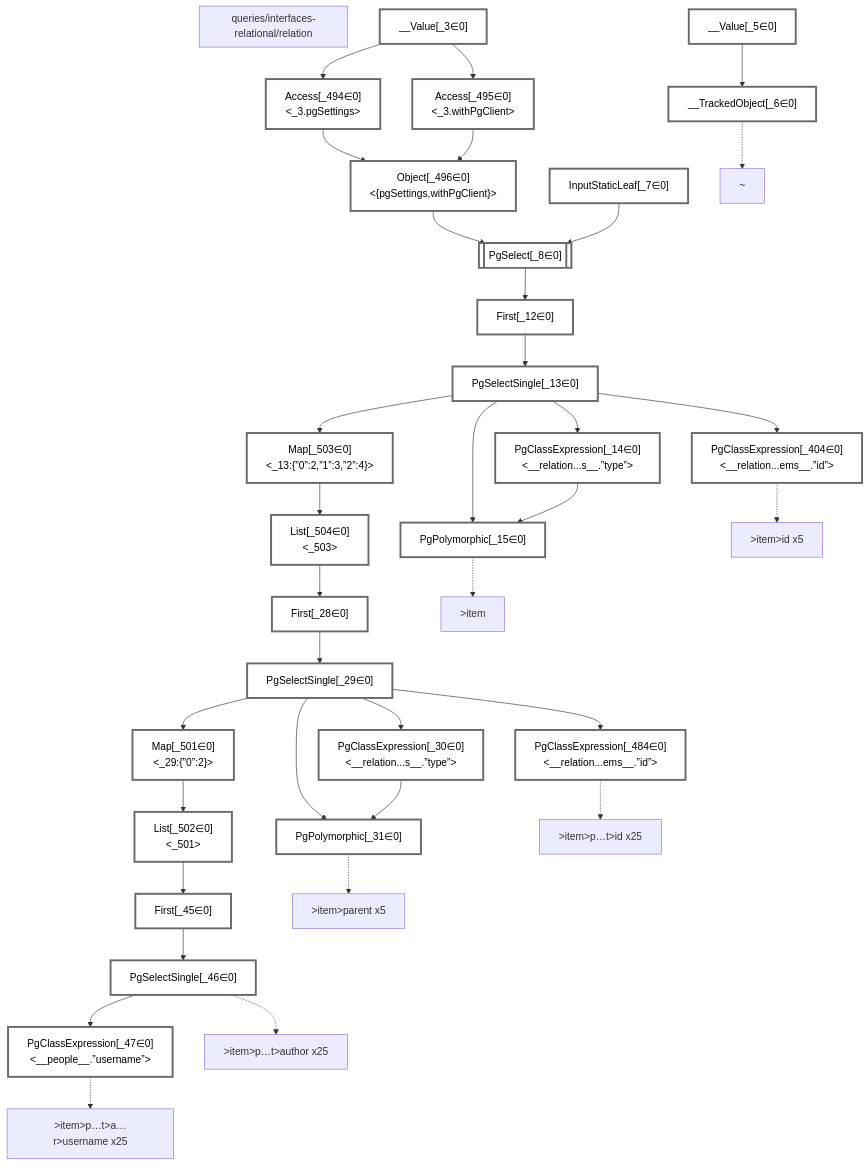
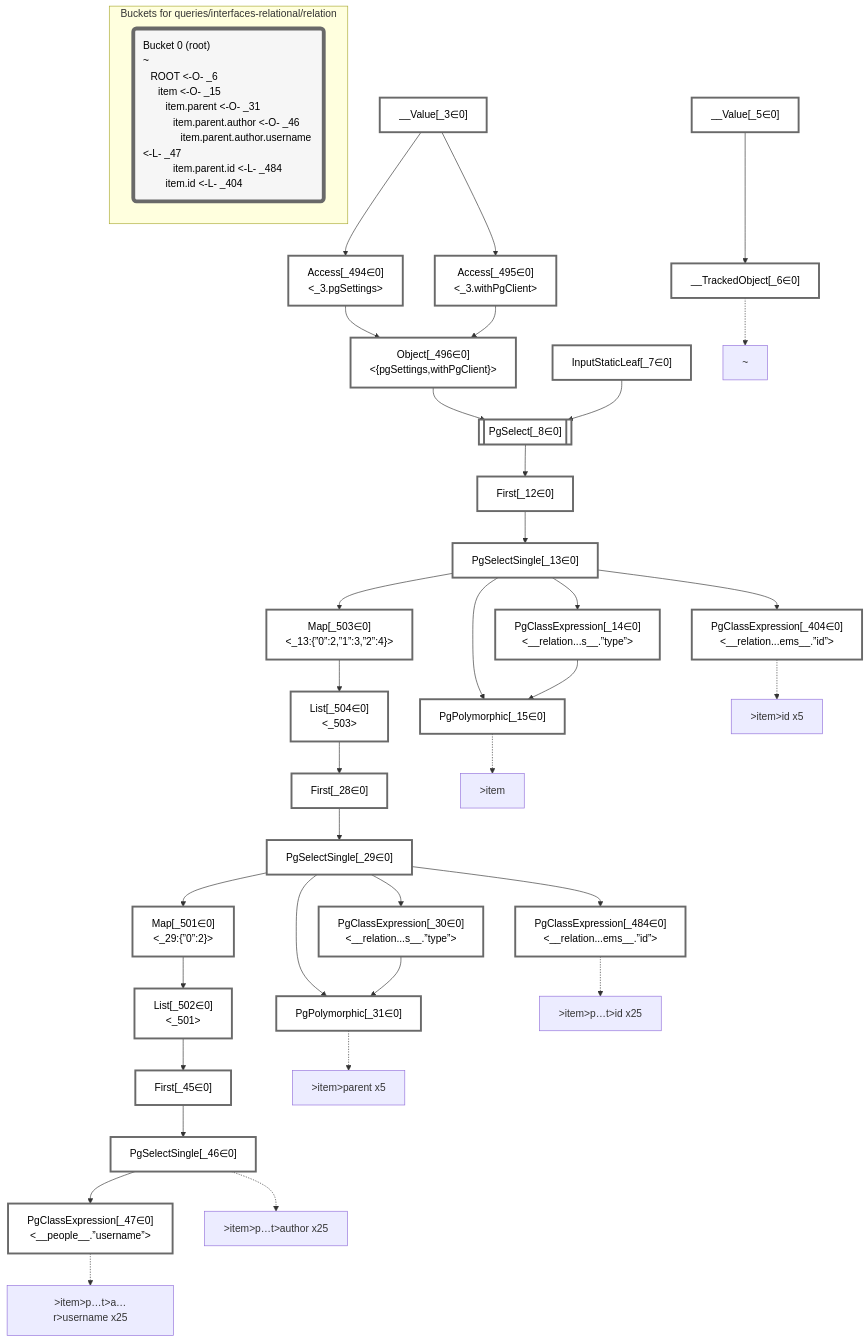
The diagram in packages/dataplan-pg/__tests__/queries/interfaces-relational/relation.mermaid.md (graphile/crystal), drawn with Mermaid before and after one commit. The commit also changed 37 other files, not shown here.

````diff
--- a/packages/dataplan-pg/__tests__/queries/interfaces-relational/relation.mermaid.md
+++ b/packages/dataplan-pg/__tests__/queries/interfaces-relational/relation.mermaid.md
@@ -1,7 +1,5 @@
 ```mermaid
 graph TD
-    subgraph "queries/interfaces-relational/relation"
-    end
     classDef path fill:#eee,stroke:#000,color:#000
     classDef plan fill:#fff,stroke-width:3px,color:#000
     classDef itemplan fill:#fff,stroke-width:6px,color:#000
@@ -83,4 +81,9 @@
     %% allocate buckets
     classDef bucket0 stroke:#696969
     class __Value_3,__Value_5,__TrackedObject_6,InputStaticLeaf_7,PgSelect_8,First_12,PgSelectSingle_13,PgClassExpression_14,PgPolymorphic_15,First_28,PgSelectSingle_29,PgClassExpression_30,PgPolymorphic_31,First_45,PgSelectSingle_46,PgClassExpression_47,PgClassExpression_404,PgClassExpression_484,Access_494,Access_495,Object_496,Map_501,List_502,Map_503,List_504 bucket0
+
+    subgraph "Buckets for queries/interfaces-relational/relation"
+    Bucket0("Bucket 0 (root)<br />~<br />⠀ROOT <-O- _6<br />⠀⠀item <-O- _15<br />⠀⠀⠀item.parent <-O- _31<br />⠀⠀⠀⠀item.parent.author <-O- _46<br />⠀⠀⠀⠀⠀item.parent.author.username <-L- _47<br />⠀⠀⠀⠀item.parent.id <-L- _484<br />⠀⠀⠀item.id <-L- _404"):::bucket
+    style Bucket0 stroke:#696969
+    end
 ```
````
